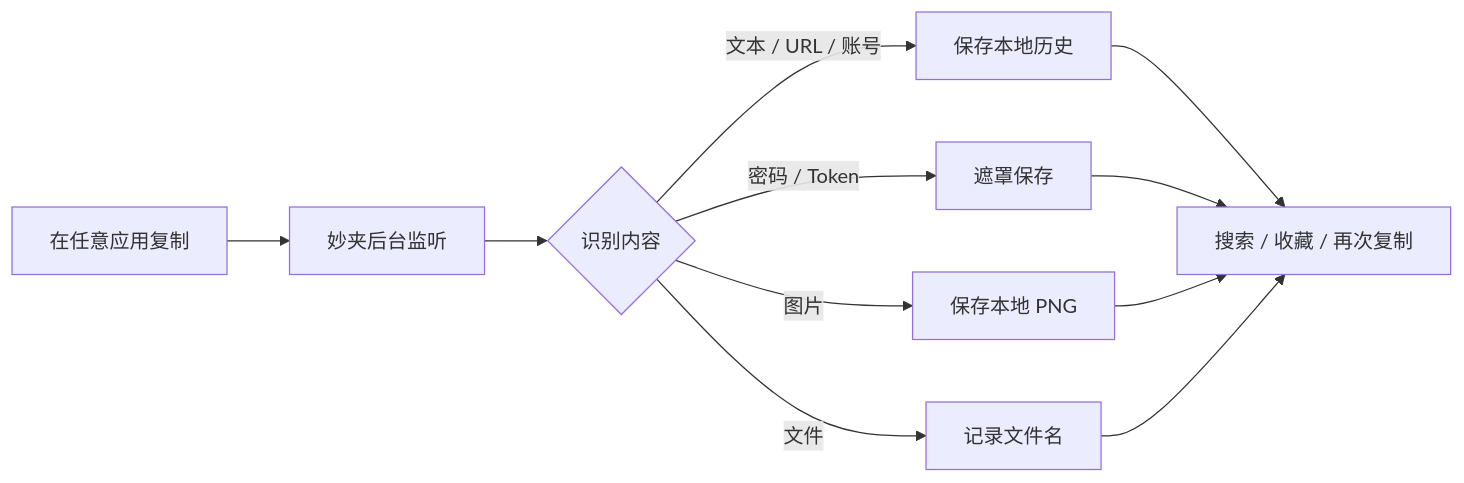
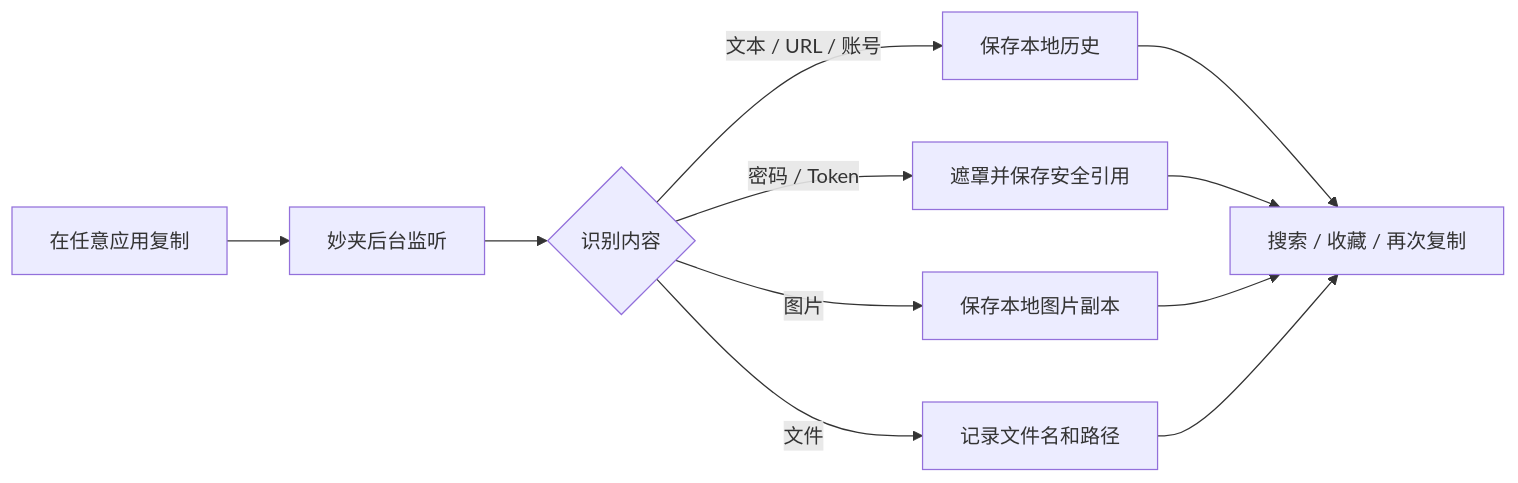
One commit to strawberry-little-bear/miao-clip changed the diagram in README.md. Above: the diagram before and after it, drawn with Mermaid. The commit also changed other lines of this file and 3 other files, not shown here.

````diff
--- a/README.md
+++ b/README.md
@@ -122,13 +136,13 @@
 ```mermaid
 flowchart LR
     A[在任意应用复制] --> B[妙夹后台监听]
     B --> C{识别内容}
     C -->|文本 / URL / 账号| D[保存本地历史]
-    C -->|密码 / Token| E[遮罩保存]
-    C -->|图片| F[保存本地 PNG]
-    C -->|文件| G[记录文件名]
+    C -->|密码 / Token| E[遮罩并保存安全引用]
+    C -->|图片| F[保存本地图片副本]
+    C -->|文件| G[记录文件名和路径]
     D --> H[搜索 / 收藏 / 再次复制]
     E --> H
     F --> H
     G --> H
 ```
````
